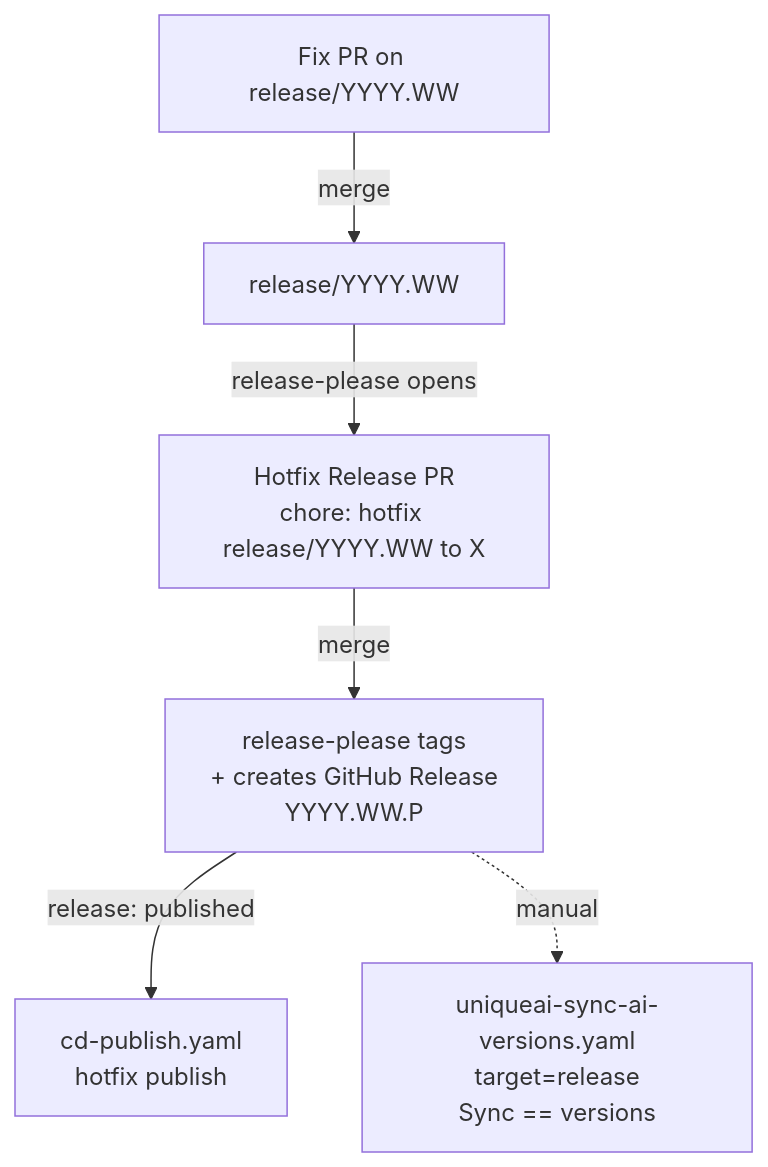
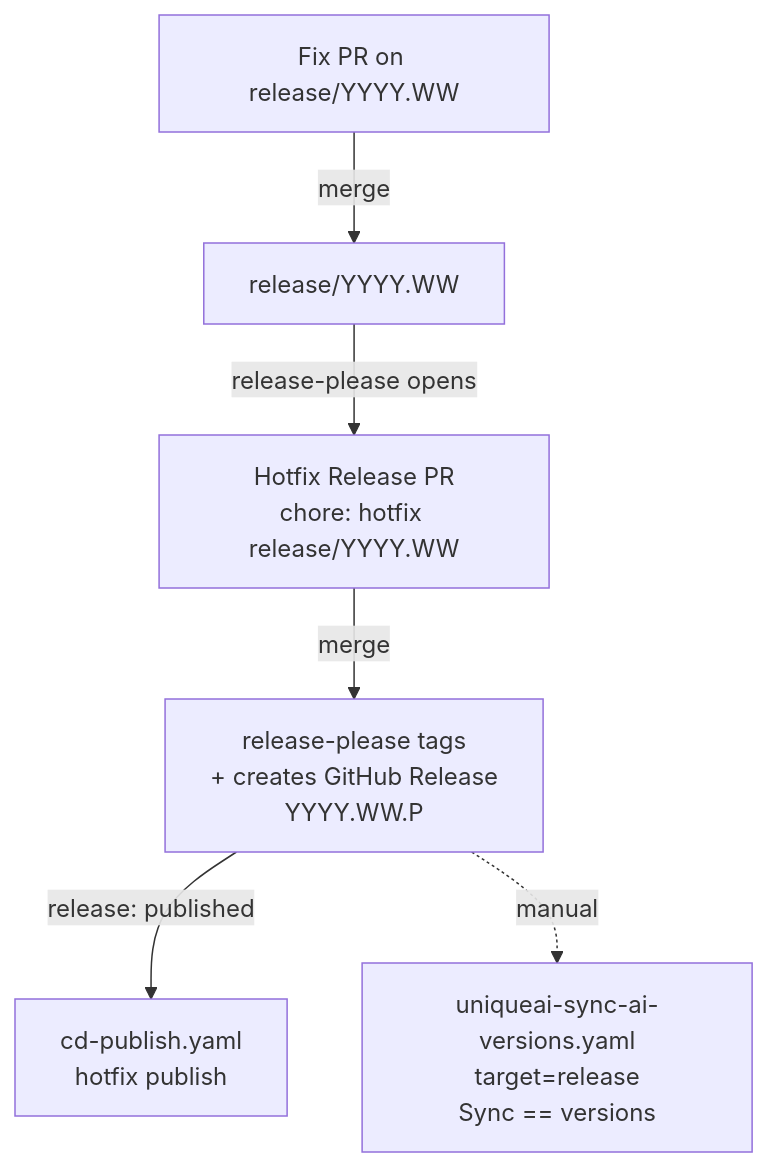
Before and after one commit to Unique-AG/ai: the fourth of 4 diagrams in docs/contributing/release-process.md, drawn with Mermaid. The commit also changed other lines of this file and 2 other files, not shown here.

First line of the commit message:
docs(release): document conventional commit types from release-please config

````diff
--- a/docs/contributing/release-process.md
+++ b/docs/contributing/release-process.md
@@ -218,8 +262,8 @@
 ```mermaid
 flowchart TD
     F[Fix PR on release/YYYY.WW] -->|merge| RB[release/YYYY.WW]
-    RB -->|release-please opens| HPR[Hotfix Release PR<br/>chore: hotfix release/YYYY.WW to X]
+    RB -->|release-please opens| HPR[Hotfix Release PR<br/>chore: hotfix release/YYYY.WW]
     HPR -->|merge| TAG[release-please tags<br/>+ creates GitHub Release<br/>YYYY.WW.P]
     TAG -->|release: published| PUB[cd-publish.yaml<br/>hotfix publish]
     TAG -.manual.-> SYNC[uniqueai-sync-ai-versions.yaml<br/>target=release<br/>Sync == versions]
 ```
````
